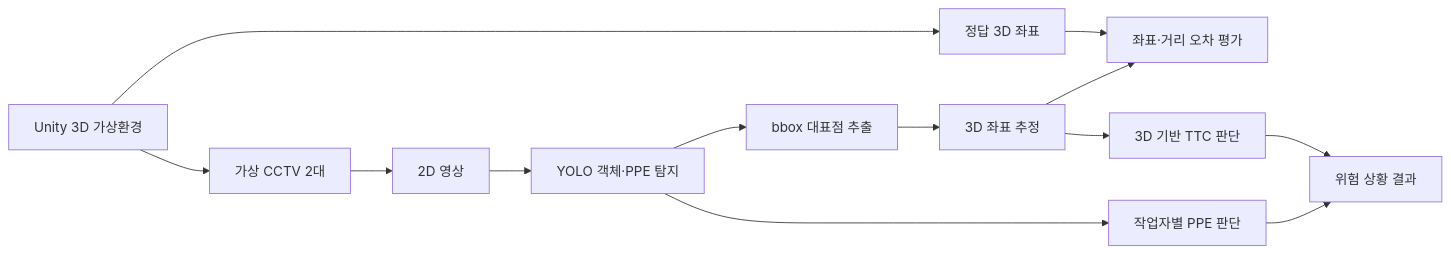
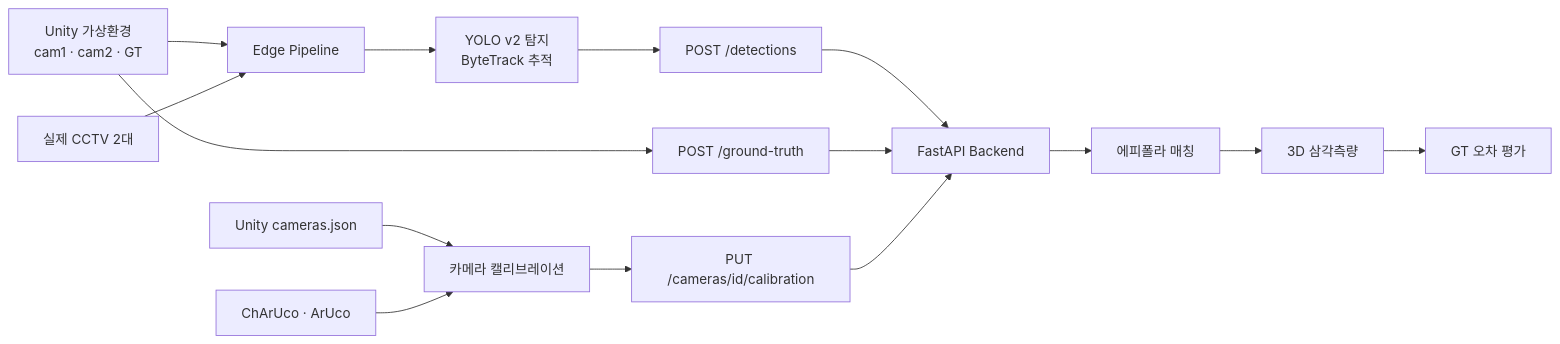
The diagram in README.md (geunchanKim/Comprehensive-Design-Project2-CCTV-Safety), drawn with Mermaid before and after one commit. The commit also changed other lines of this file, not shown here.

````diff
--- a/README.md
+++ b/README.md
@@ -55,15 +34,17 @@
 ```mermaid
 flowchart LR
-    A[Unity 3D 가상환경] --> B[가상 CCTV 2대]
-    A --> C[정답 3D 좌표]
-    B --> D[2D 영상]
-    D --> E[YOLO 객체·PPE 탐지]
-    E --> F[bbox 대표점 추출]
-    F --> G[3D 좌표 추정]
-    C --> H[좌표·거리 오차 평가]
-    G --> H
-    G --> I[3D 기반 TTC 판단]
-    E --> J[작업자별 PPE 판단]
-    I --> K[위험 상황 결과]
-    J --> K
+    U[Unity 가상환경<br/>cam1 · cam2 · GT] --> E[Edge Pipeline]
+    C[실제 CCTV 2대] --> E
+    E --> Y[YOLO v2 탐지<br/>ByteTrack 추적]
+    Y --> D[POST /detections]
+    U --> G[POST /ground-truth]
+    UC[Unity cameras.json] --> K[카메라 캘리브레이션]
+    RC[ChArUco · ArUco] --> K
+    K --> P[PUT /cameras/id/calibration]
+    D --> B[FastAPI Backend]
+    G --> B
+    P --> B
+    B --> M[에피폴라 매칭]
+    M --> T[3D 삼각측량]
+    T --> V[GT 오차 평가]
 ```
````
